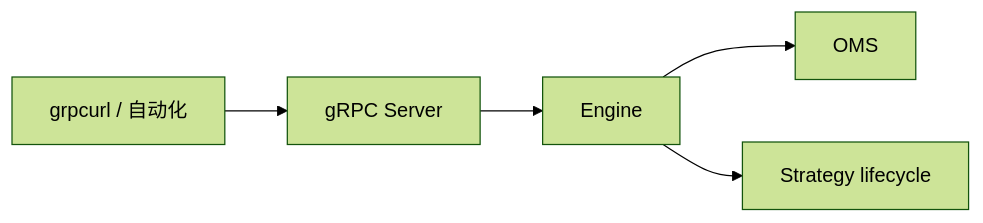
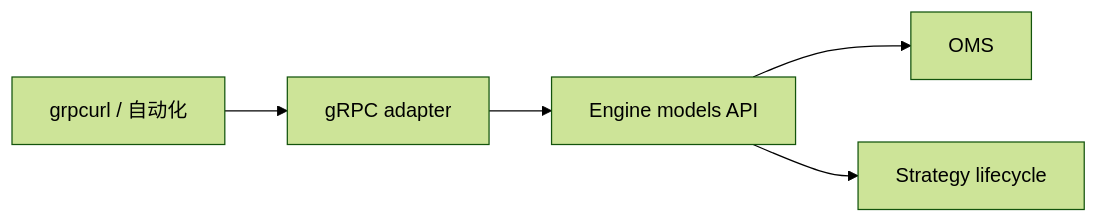
Before and after one commit to kainhuck/signalix: the third of 3 diagrams in docs/ARCHITECTURE.md, drawn with Mermaid (forest theme). The commit also changed other lines of this file and 8 other files, not shown here.

First line of the commit message:
docs: sync architecture and config docs after EMN-5

````diff
--- a/docs/ARCHITECTURE.md
+++ b/docs/ARCHITECTURE.md
@@ -161,7 +169,7 @@
 ```mermaid
 flowchart LR
-  CLIENT[grpcurl / 自动化] --> GRPC[gRPC Server]
-  GRPC --> ENG[Engine]
+  CLIENT[grpcurl / 自动化] --> GRPC[gRPC adapter]
+  GRPC --> ENG[Engine models API]
   ENG --> OMS
   ENG --> STRAT[Strategy lifecycle]
 ```
````
